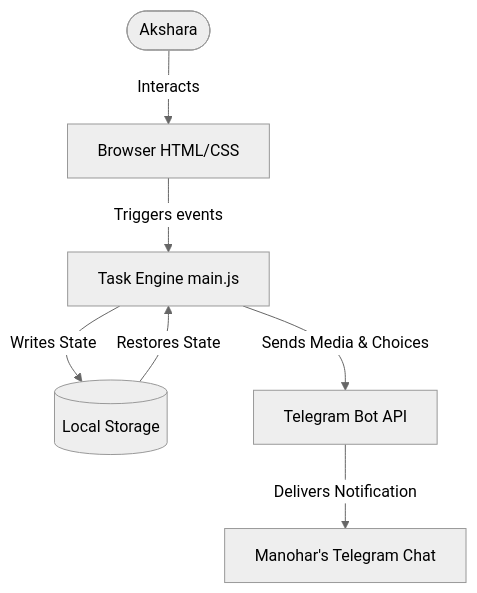
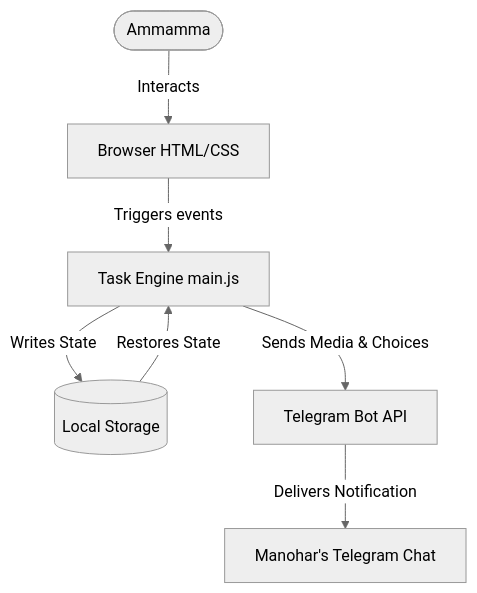
Before and after one commit to ManoharTej/bday: the diagram in docs/PROJECT_ANALYSIS.md, drawn with Mermaid (neutral theme). The commit also changed other lines of this file and 40 other files, not shown here.

````diff
--- a/docs/PROJECT_ANALYSIS.md
+++ b/docs/PROJECT_ANALYSIS.md
@@ -61,9 +61,9 @@
 ```mermaid
 graph TD
-    User([Akshara]) -->|Interacts| UI[Browser HTML/CSS]
+    User([Ammamma]) -->|Interacts| UI[Browser HTML/CSS]
     UI -->|Triggers events| JS[Task Engine main.js]
     JS -->|Writes State| LS[(Local Storage)]
     LS -->|Restores State| JS
     JS -->|Sends Media & Choices| TeleAPI[Telegram Bot API]
     TeleAPI -->|Delivers Notification| DevTelegram[Manohar's Telegram Chat]
 ```
````
